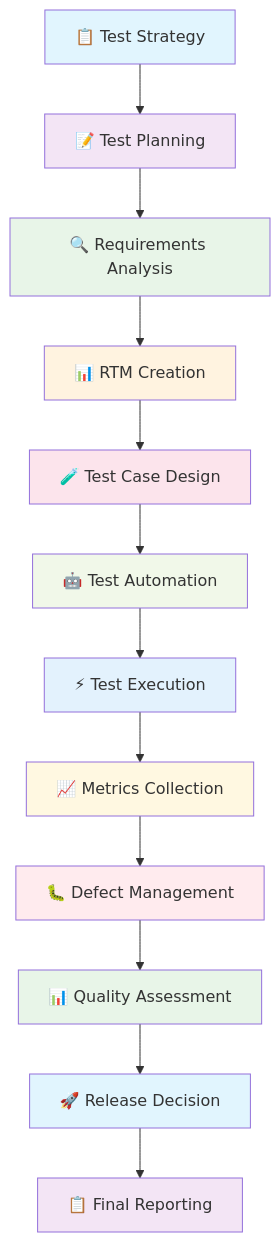
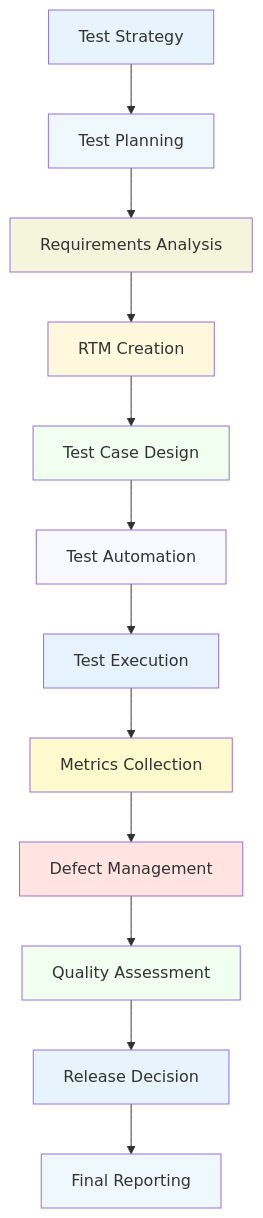
The first of 7 diagrams in docs/qa-lifecycle-diagram.md (Tasmimdristy7/qa-lifecycle-suite), drawn with Mermaid before and after one commit. The commit also changed other lines of this file and 3 other files, not shown here.

````diff
--- a/docs/qa-lifecycle-diagram.md
+++ b/docs/qa-lifecycle-diagram.md
@@ -5,27 +5,27 @@
 ```mermaid
 graph TD
-    A[📋 Test Strategy] --> B[📝 Test Planning]
-    B --> C[🔍 Requirements Analysis]
-    C --> D[📊 RTM Creation]
-    D --> E[🧪 Test Case Design]
-    E --> F[🤖 Test Automation]
-    F --> G[⚡ Test Execution]
-    G --> H[📈 Metrics Collection]
-    H --> I[🐛 Defect Management]
-    I --> J[📊 Quality Assessment]
-    J --> K[🚀 Release Decision]
-    K --> L[📋 Final Reporting]
+    A[Test Strategy] --> B[Test Planning]
+    B --> C[Requirements Analysis]
+    C --> D[RTM Creation]
+    D --> E[Test Case Design]
+    E --> F[Test Automation]
+    F --> G[Test Execution]
+    G --> H[Metrics Collection]
+    H --> I[Defect Management]
+    I --> J[Quality Assessment]
+    J --> K[Release Decision]
+    K --> L[Final Reporting]
     
-    style A fill:#e1f5fe
-    style B fill:#f3e5f5
-    style C fill:#e8f5e8
-    style D fill:#fff3e0
-    style E fill:#fce4ec
-    style F fill:#f1f8e9
-    style G fill:#e3f2fd
-    style H fill:#fff8e1
-    style I fill:#ffebee
-    style J fill:#e8f5e8
-    style K fill:#e1f5fe
-    style L fill:#f3e5f5
+    style A fill:#e8f4fd
+    style B fill:#f0f8ff
+    style C fill:#f5f5dc
+    style D fill:#fff8dc
+    style E fill:#f0fff0
+    style F fill:#f8f8ff
+    style G fill:#e6f3ff
+    style H fill:#fffacd
+    style I fill:#ffe4e1
+    style J fill:#f0fff0
+    style K fill:#e8f4fd
+    style L fill:#f0f8ff
 ```
````
